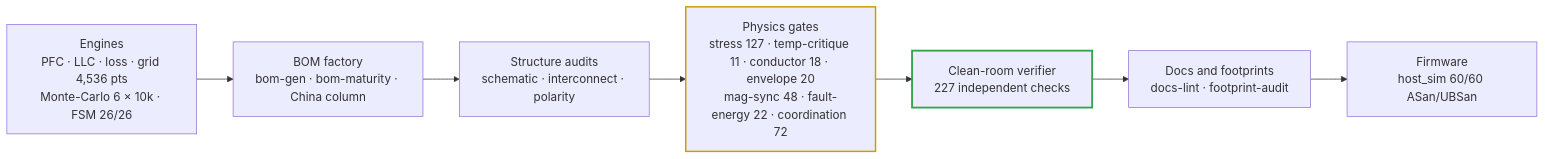
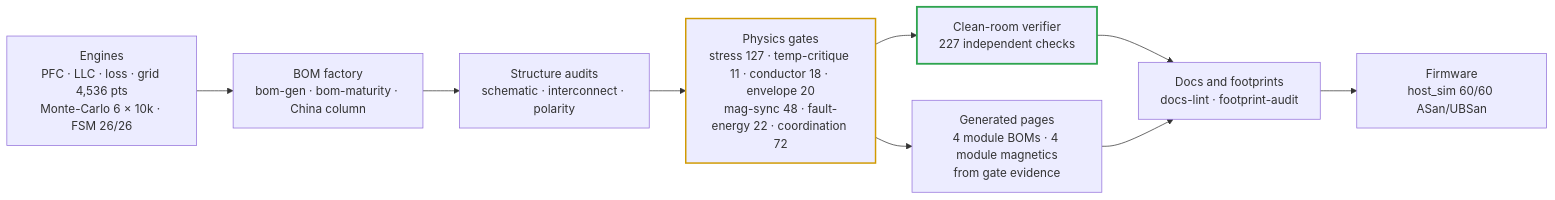
The third of 4 diagrams in README.md (vectivolt/DC-Modules), drawn with Mermaid before and after one commit. The commit also changed other lines of this file and 222 other files, not shown here.

````diff
--- a/README.md
+++ b/README.md
@@ -114,11 +114,13 @@
 ```mermaid
 flowchart LR
   E["Engines<br/>PFC · LLC · loss · grid 4,536 pts<br/>Monte-Carlo 6 × 10k · FSM 26/26"] --> B["BOM factory<br/>bom-gen · bom-maturity · China column"]
   B --> S["Structure audits<br/>schematic · interconnect · polarity"]
   S --> P["Physics gates<br/>stress 127 · temp-critique 11 · conductor 18 · envelope 20<br/>mag-sync 48 · fault-energy 22 · coordination 72"]
   P --> I["Clean-room verifier<br/>227 independent checks"]
   I --> D["Docs and footprints<br/>docs-lint · footprint-audit"]
   D --> F["Firmware<br/>host_sim 60/60 ASan/UBSan"]
+  P --> G["Generated pages<br/>4 module BOMs · 4 module magnetics<br/>from gate evidence"]
+  G --> D
   style I stroke:#2ea44f,stroke-width:2.5px
   style P stroke:#d19a00,stroke-width:2px
 ```
````
